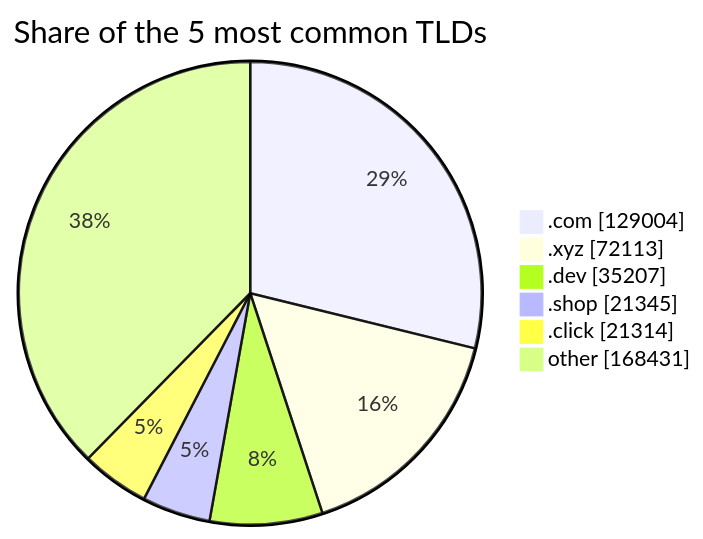
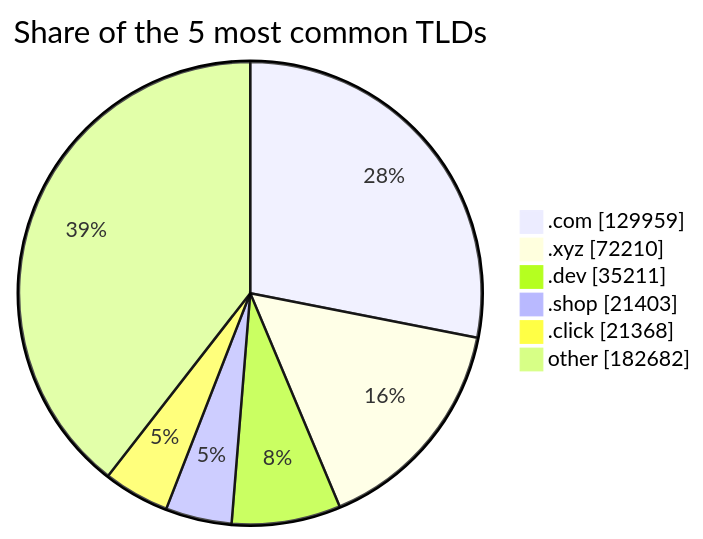
The third of 3 diagrams in README.md (DNSBunker/CTI), drawn with Mermaid before and after one commit. The commit also changed other lines of this file and 3 other files, not shown here.

````diff
--- a/README.md
+++ b/README.md
@@ -81,9 +81,9 @@
 ```mermaid
 pie showData title Share of the 5 most common TLDs
-    ".com" : 129004
-    ".xyz" : 72113
-    ".dev" : 35207
-    ".shop" : 21345
-    ".click" : 21314
-    "other" : 168431
+    ".com" : 129959
+    ".xyz" : 72210
+    ".dev" : 35211
+    ".shop" : 21403
+    ".click" : 21368
+    "other" : 182682
 ```
````
